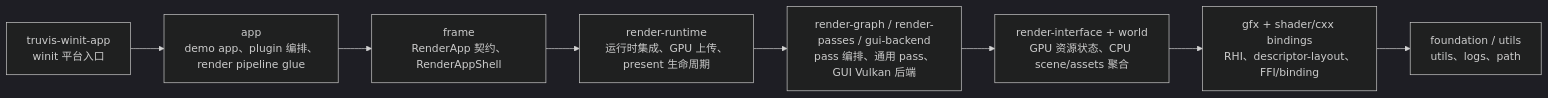
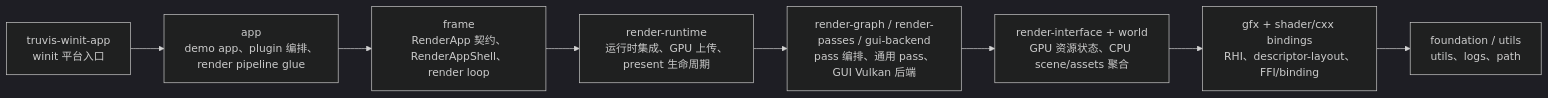
Before and after one commit to acccoco/TruvisRenderer: the second of 7 diagrams in ARCHITECTURE.md, drawn with Mermaid (dark theme). The commit also changed other lines of this file and 40 other files, not shown here.

First line of the commit message:
[refactor] 合并 App frame 框架层

````diff
--- a/ARCHITECTURE.md
+++ b/ARCHITECTURE.md
@@ -33,13 +33,13 @@
 ```mermaid
 flowchart LR
     Foundation["foundation / utils<br/>utils、logs、path"]
     Gfx["gfx + shader/cxx bindings<br/>RHI、descriptor-layout、FFI/binding"]
     Core["render-interface + world<br/>GPU 资源状态、CPU scene/assets 聚合"]
     RenderDomain["render-graph / render-passes / gui-backend<br/>pass 编排、通用 pass、GUI Vulkan 后端"]
     Runtime["render-runtime<br/>运行时集成、GPU 上传、present 生命周期"]
-    Frame["frame<br/>RenderApp 契约、RenderAppShell"]
+    Frame["frame<br/>RenderApp 契约、RenderAppShell、render loop"]
     App["app<br/>demo app、plugin 编排、render pipeline glue"]
     Platform["truvis-winit-app<br/>winit 平台入口"]
 
     Platform --> App --> Frame --> Runtime --> RenderDomain --> Core --> Gfx --> Foundation
 ```
````
